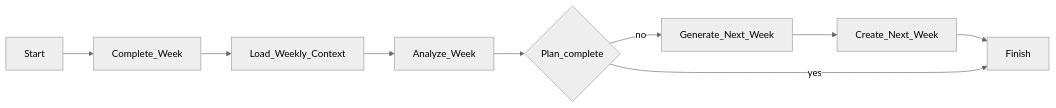
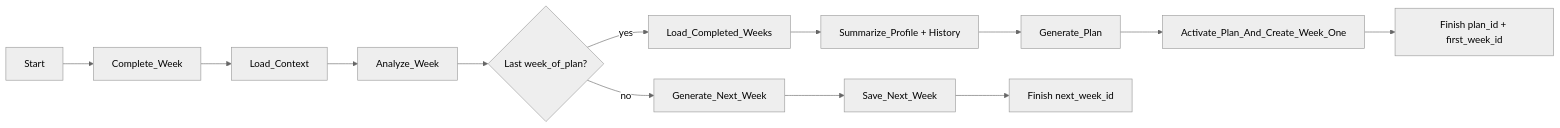
Before and after one commit to luciapuccini/strengthsync-app: the diagram in docs/architecture/workflows.md, drawn with Mermaid (neutral theme). The commit also changed other lines of this file and 15 other files, not shown here.

Commit message:
plan migrate complete week

````diff
--- a/docs/architecture/workflows.md
+++ b/docs/architecture/workflows.md
@@ -35,15 +35,20 @@
 ```mermaid
 flowchart LR
   Start[Start]
   Freeze[Complete_Week]
-  Context[Load_Weekly_Context]
+  Context[Load_Context]
   Analyze[Analyze_Week]
-  Check{Plan_complete}
-  Generate[Generate_Next_Week]
-  Save[Create_Next_Week]
-  End[Finish]
+  Check{Last week_of_plan?}
+  History[Load_Completed_Weeks]
+  Summaries[Summarize_Profile + History]
+  Plan[Generate_Plan]
+  Activate[Activate_Plan_And_Create_Week_One]
+  Gen[Generate_Next_Week]
+  Save[Save_Next_Week]
+  EndWeekly[Finish next_week_id]
+  EndPlan[Finish plan_id + first_week_id]
 
   Start --> Freeze --> Context --> Analyze --> Check
-  Check -->|"no"| Generate --> Save --> End
-  Check -->|"yes"| End
+  Check -->|"no"| Gen --> Save --> EndWeekly
+  Check -->|"yes"| History --> Summaries --> Plan --> Activate --> EndPlan
 ```
````
